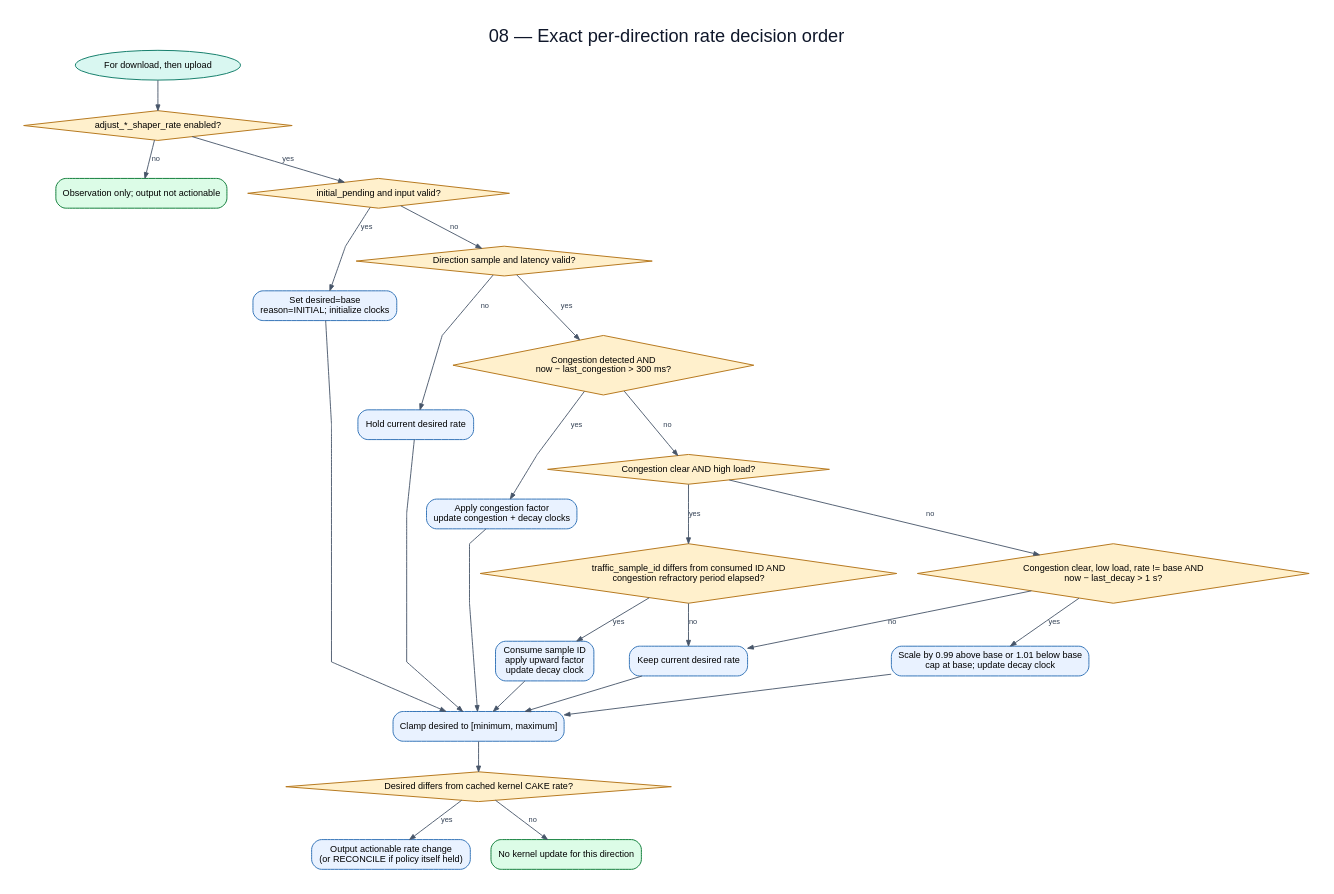
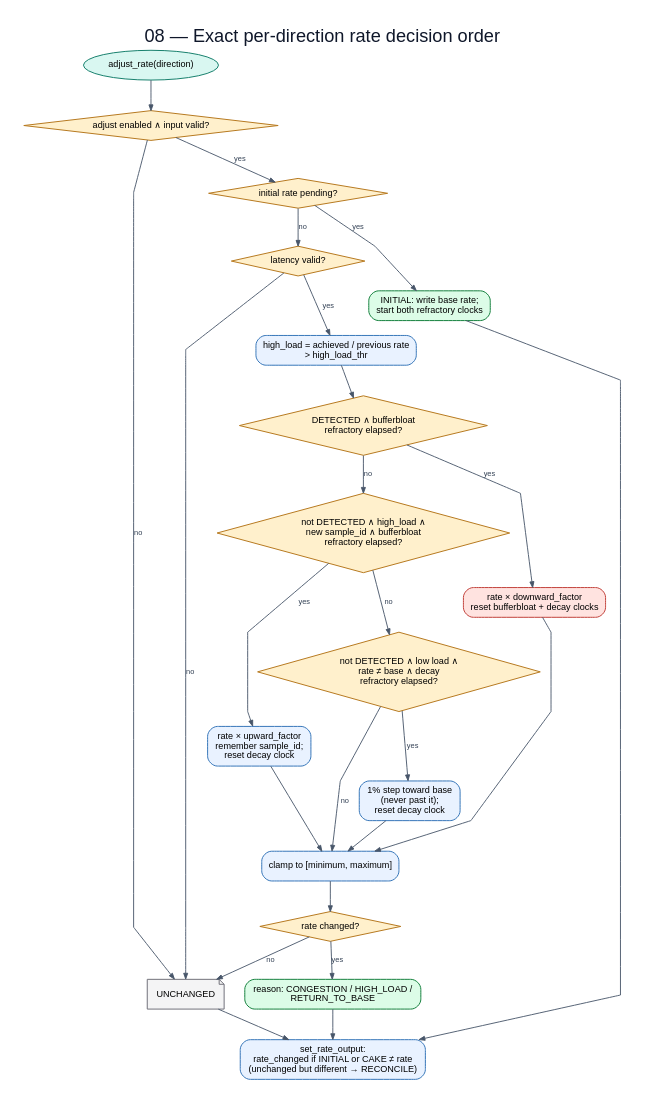
Before and after one commit to huydoan94/cake-adapt: the diagram in flowchart/diagrams/08-exact-rate-decision.dot, drawn with Graphviz. The commit also changed 38 other files, not shown here.

First line of the commit message:
Redraw the flowcharts from the current sources

```diff
--- a/flowchart/diagrams/08-exact-rate-decision.dot
+++ b/flowchart/diagrams/08-exact-rate-decision.dot
@@ -1,48 +1,45 @@
 digraph G {
   graph [rankdir=TB,bgcolor="white",pad="0.30",nodesep="0.35",ranksep="0.48",splines=polyline,fontname="Arial",label="08 — Exact per-direction rate decision order",labelloc=t,fontsize=22,fontcolor="#0f172a"];
   node [fontname="Arial",fontsize=11,margin="0.14,0.09",penwidth=1.2];
   edge [fontname="Arial",fontsize=9,color="#475569",fontcolor="#334155",arrowsize=0.7,penwidth=1.1];
-  begin [label="For download, then upload",shape=oval,style="filled",fillcolor="#d9f7f1",color="#17806d"];
-  enabled [label="adjust_*_shaper_rate enabled?",shape=diamond,style="filled",fillcolor="#fff0cc",color="#b7791f"];
-  observe [label="Observation only; output not actionable",shape=box,style="rounded,filled,bold",fillcolor="#dcfce7",color="#15803d"];
-  initial [label="initial_pending and input valid?",shape=diamond,style="filled",fillcolor="#fff0cc",color="#b7791f"];
-  base [label="Set desired=base\nreason=INITIAL; initialize clocks",shape=box,style="rounded,filled",fillcolor="#e9f2ff",color="#3676b9"];
-  valid [label="Direction sample and latency valid?",shape=diamond,style="filled",fillcolor="#fff0cc",color="#b7791f"];
-  holdbad [label="Hold current desired rate",shape=box,style="rounded,filled",fillcolor="#e9f2ff",color="#3676b9"];
-  cong [label="Congestion detected AND\nnow − last_congestion > 300 ms?",shape=diamond,style="filled",fillcolor="#fff0cc",color="#b7791f"];
-  cut [label="Apply congestion factor\nupdate congestion + decay clocks",shape=box,style="rounded,filled",fillcolor="#e9f2ff",color="#3676b9"];
-  clearhigh [label="Congestion clear AND high load?",shape=diamond,style="filled",fillcolor="#fff0cc",color="#b7791f"];
-  fresh [label="traffic_sample_id differs from consumed ID AND\ncongestion refractory period elapsed?",shape=diamond,style="filled",fillcolor="#fff0cc",color="#b7791f"];
-  grow [label="Consume sample ID\napply upward factor\nupdate decay clock",shape=box,style="rounded,filled",fillcolor="#e9f2ff",color="#3676b9"];
-  decay [label="Congestion clear, low load, rate != base AND\nnow − last_decay > 1 s?",shape=diamond,style="filled",fillcolor="#fff0cc",color="#b7791f"];
-  toward [label="Scale by 0.99 above base or 1.01 below base\ncap at base; update decay clock",shape=box,style="rounded,filled",fillcolor="#e9f2ff",color="#3676b9"];
-  same [label="Keep current desired rate",shape=box,style="rounded,filled",fillcolor="#e9f2ff",color="#3676b9"];
-  clamp [label="Clamp desired to [minimum, maximum]",shape=box,style="rounded,filled",fillcolor="#e9f2ff",color="#3676b9"];
-  changed [label="Desired differs from cached kernel CAKE rate?",shape=diamond,style="filled",fillcolor="#fff0cc",color="#b7791f"];
-  action [label="Output actionable rate change\n(or RECONCILE if policy itself held)",shape=box,style="rounded,filled",fillcolor="#e9f2ff",color="#3676b9"];
-  none [label="No kernel update for this direction",shape=box,style="rounded,filled,bold",fillcolor="#dcfce7",color="#15803d"];
-  begin -> enabled;
-  enabled -> observe [label="no"];
-  enabled -> initial [label="yes"];
+  start [label="adjust_rate(direction)",shape=oval,style="filled",fillcolor="#d9f7f1",color="#17806d"];
+  adjust [label="adjust enabled ∧ input valid?",shape=diamond,style="filled",fillcolor="#fff0cc",color="#b7791f"];
+  unchanged [label="UNCHANGED",shape=note,style="filled",fillcolor="#f4f4f5",color="#71717a"];
+  initial [label="initial rate pending?",shape=diamond,style="filled",fillcolor="#fff0cc",color="#b7791f"];
+  base [label="INITIAL: write base rate;\nstart both refractory clocks",shape=box,style="rounded,filled,bold",fillcolor="#dcfce7",color="#15803d"];
+  lat [label="latency valid?",shape=diamond,style="filled",fillcolor="#fff0cc",color="#b7791f"];
+  load [label="high_load = achieved / previous rate\n> high_load_thr",shape=box,style="rounded,filled",fillcolor="#e9f2ff",color="#3676b9"];
+  cong [label="DETECTED ∧ bufferbloat\nrefractory elapsed?",shape=diamond,style="filled",fillcolor="#fff0cc",color="#b7791f"];
+  cut [label="rate × downward_factor\nreset bufferbloat + decay clocks",shape=box,style="rounded,filled",fillcolor="#ffe3e0",color="#c2413b"];
+  high [label="not DETECTED ∧ high_load ∧\nnew sample_id ∧ bufferbloat\nrefractory elapsed?",shape=diamond,style="filled",fillcolor="#fff0cc",color="#b7791f"];
+  up [label="rate × upward_factor\nremember sample_id;\nreset decay clock",shape=box,style="rounded,filled",fillcolor="#e9f2ff",color="#3676b9"];
+  low [label="not DETECTED ∧ low load ∧\nrate ≠ base ∧ decay\nrefractory elapsed?",shape=diamond,style="filled",fillcolor="#fff0cc",color="#b7791f"];
+  decay [label="1% step toward base\n(never past it);\nreset decay clock",shape=box,style="rounded,filled",fillcolor="#e9f2ff",color="#3676b9"];
+  clamp [label="clamp to [minimum, maximum]",shape=box,style="rounded,filled",fillcolor="#e9f2ff",color="#3676b9"];
+  changed [label="rate changed?",shape=diamond,style="filled",fillcolor="#fff0cc",color="#b7791f"];
+  reason [label="reason: CONGESTION / HIGH_LOAD /\nRETURN_TO_BASE",shape=box,style="rounded,filled,bold",fillcolor="#dcfce7",color="#15803d"];
+  output [label="set_rate_output:\nrate_changed if INITIAL or CAKE ≠ rate\n(unchanged but different → RECONCILE)",shape=box,style="rounded,filled",fillcolor="#e9f2ff",color="#3676b9"];
+  start -> adjust;
+  adjust -> unchanged [label="no"];
+  adjust -> initial [label="yes"];
   initial -> base [label="yes"];
-  initial -> valid [label="no"];
-  valid -> holdbad [label="no"];
-  valid -> cong [label="yes"];
+  initial -> lat [label="no"];
+  lat -> unchanged [label="no"];
+  lat -> load [label="yes"];
+  load -> cong;
   cong -> cut [label="yes"];
-  cong -> clearhigh [label="no"];
-  clearhigh -> fresh [label="yes"];
-  clearhigh -> decay [label="no"];
-  fresh -> grow [label="yes"];
-  fresh -> same [label="no"];
-  decay -> toward [label="yes"];
-  decay -> same [label="no"];
-  base -> clamp;
-  holdbad -> clamp;
+  cong -> high [label="no"];
+  high -> up [label="yes"];
+  high -> low [label="no"];
+  low -> decay [label="yes"];
+  low -> clamp [label="no"];
   cut -> clamp;
-  grow -> clamp;
-  toward -> clamp;
-  same -> clamp;
+  up -> clamp;
+  decay -> clamp;
   clamp -> changed;
-  changed -> action [label="yes"];
-  changed -> none [label="no"];
+  changed -> reason [label="yes"];
+  changed -> unchanged [label="no"];
+  reason -> output;
+  unchanged -> output;
+  base -> output;
 }
```
